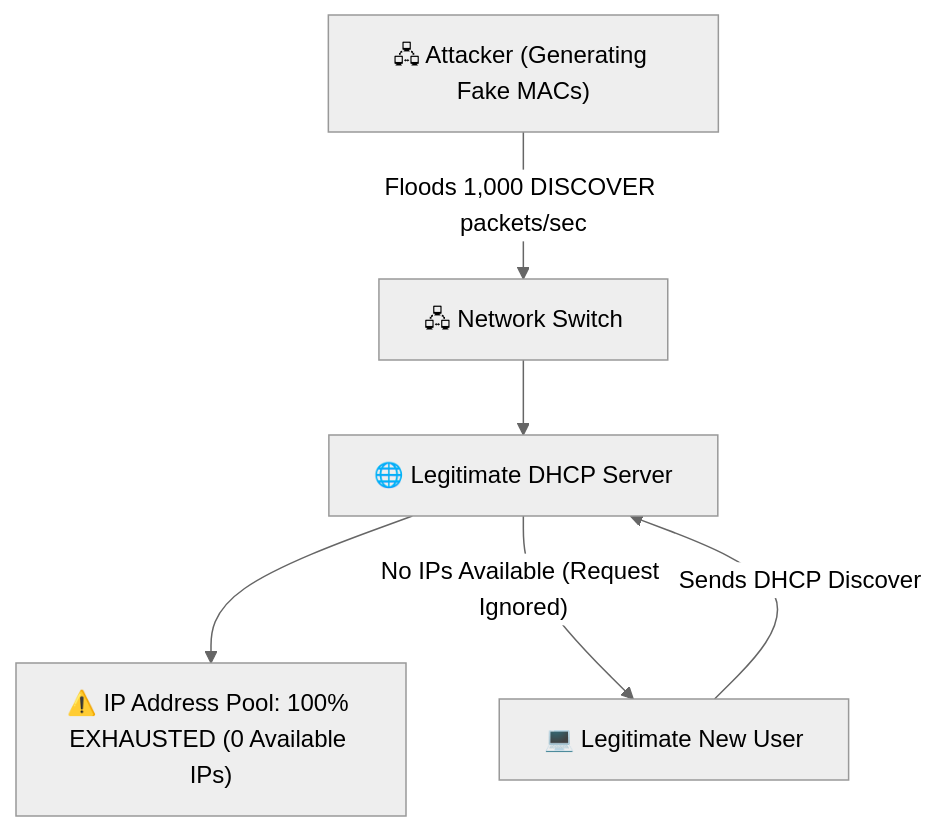
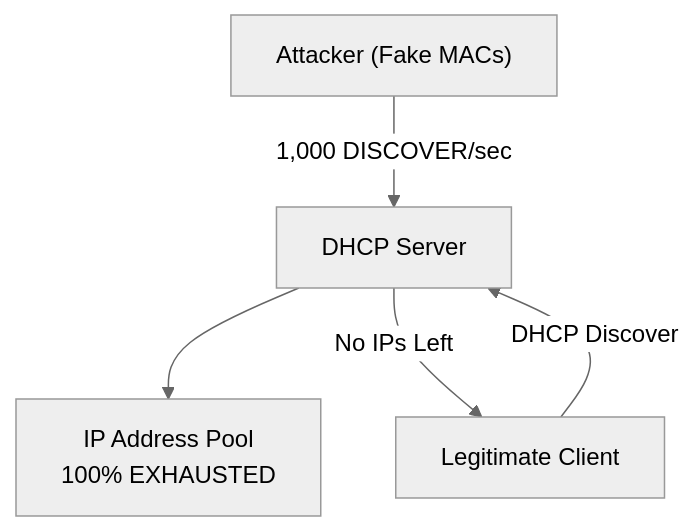
Before and after one commit to DaddyZyn/Cyber-security-notes: the second of 4 diagrams in topics/10-dhcp-starvation-and-rogue-gateway-attacks/README.md, drawn with Mermaid (neutral theme). The commit also changed other lines of this file and 19 other files, not shown here.

Commit message:
fix: overhaul all Mermaid diagrams with clean vertical layouts and short line-wrapping to prevent GitHub clipping

````diff
--- a/topics/10-dhcp-starvation-and-rogue-gateway-attacks/README.md
+++ b/topics/10-dhcp-starvation-and-rogue-gateway-attacks/README.md
@@ -64,8 +60,7 @@
 ```mermaid
 flowchart TD
-    Attacker["🖧 Attacker (Generating Fake MACs)"] -->|"Floods 1,000 DISCOVER packets/sec"| Switch["🖧 Network Switch"]
-    Switch --> DHCP["🌐 Legitimate DHCP Server"]
-    DHCP --> Pool["⚠️ IP Address Pool: 100% EXHAUSTED (0 Available IPs)"]
-    NewClient["💻 Legitimate New User"] -->|"Sends DHCP Discover"| DHCP
-    DHCP -->|"No IPs Available (Request Ignored)"| NewClient
+    Attacker["Attacker (Fake MACs)"] -->|1,000 DISCOVER/sec| DHCP["DHCP Server"]
+    DHCP --> Pool["IP Address Pool<br/>100% EXHAUSTED"]
+    NewUser["Legitimate Client"] -->|DHCP Discover| DHCP
+    DHCP -->|No IPs Left| NewUser
 ```
````
